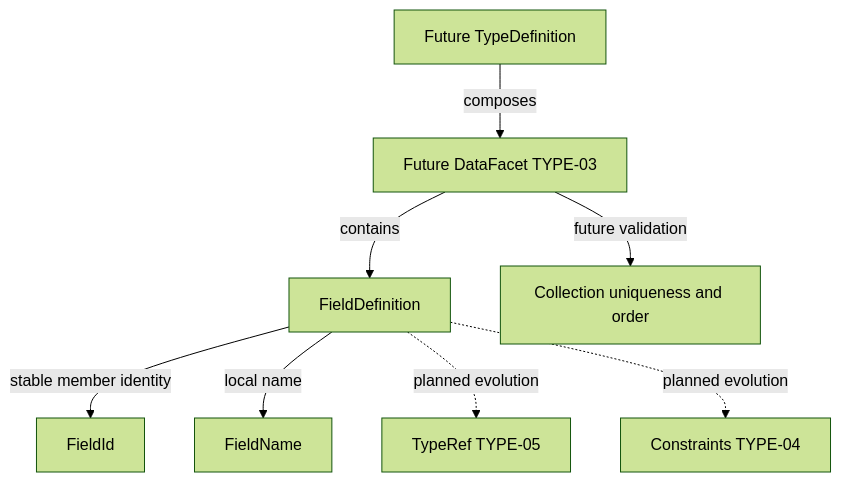
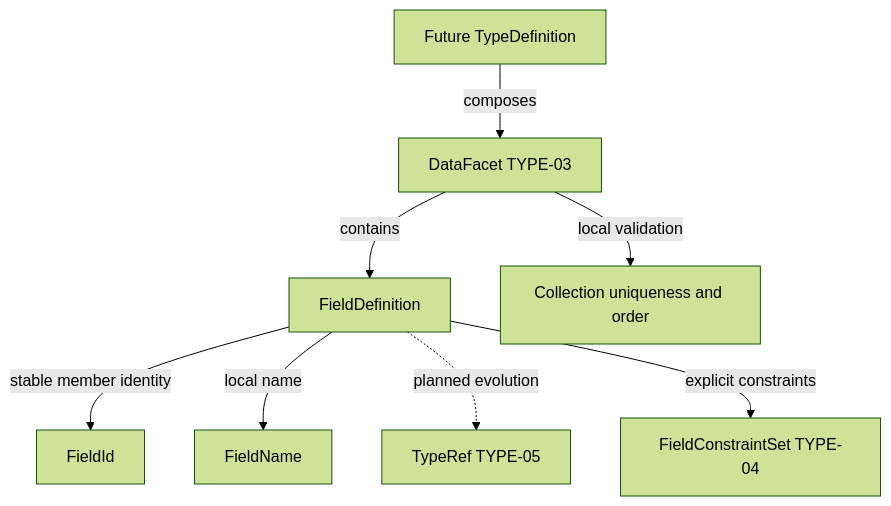
Before and after one commit to abokyan-ai/echosystem_enterprice_platform: the diagram in docs/model/field-definition.md, drawn with Mermaid (forest theme). The commit also changed other lines of this file and 16 other files, not shown here.

Commit message:
TYPE-04: explicit presence/nullability and immutable field constraints

````diff
--- a/docs/model/field-definition.md
+++ b/docs/model/field-definition.md
@@ -52,10 +56,10 @@
 ```mermaid
 flowchart TD
-    T["Future TypeDefinition"] -->|composes| D["Future DataFacet TYPE-03"]
+    T["Future TypeDefinition"] -->|composes| D["DataFacet TYPE-03"]
     D -->|contains| F["FieldDefinition"]
     F -->|stable member identity| I["FieldId"]
     F -->|local name| N["FieldName"]
-    D -->|future validation| C["Collection uniqueness and order"]
+    D -->|local validation| C["Collection uniqueness and order"]
     F -.->|planned evolution| R["TypeRef TYPE-05"]
-    F -.->|planned evolution| K["Constraints TYPE-04"]
+    F -->|explicit constraints| K["FieldConstraintSet TYPE-04"]
 ```
````
